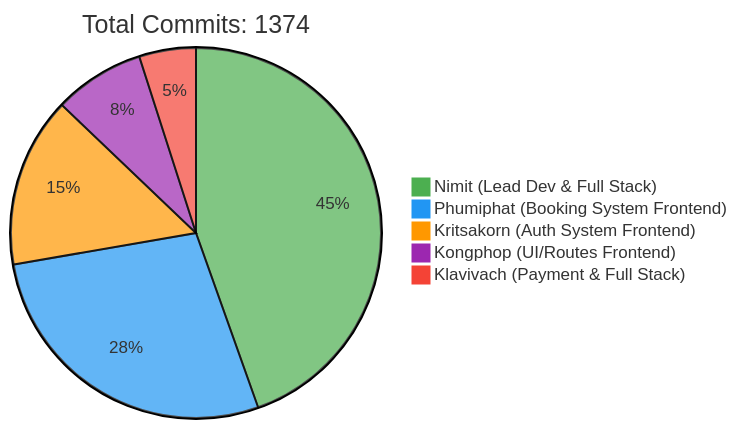
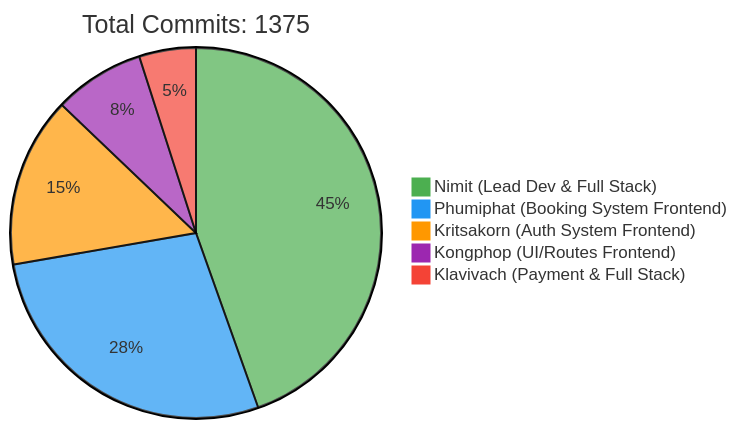
One commit to 6531503042/Sport-Complex changed the first of 2 diagrams in README.md. Above: the diagram before and after it, drawn with Mermaid. The commit also changed other lines of this file, not shown here.

Commit message:
docs: Update contributor statistics [skip ci]

````diff
--- a/README.md
+++ b/README.md
@@ -257,10 +257,10 @@
 ```mermaid
 %%{init: {'theme': 'base', 'themeVariables': { 'pie1': '#4CAF50', 'pie2': '#2196F3', 'pie3': '#FF9800', 'pie4': '#9C27B0', 'pie5': '#F44336'}}}%%
 pie
-    title Total Commits: 1374
+    title Total Commits: 1375
     "Nimit (Lead Dev & Full Stack)" : 450
     "Phumiphat (Booking System Frontend)" : 280
     "Kritsakorn (Auth System Frontend)" : 150
     "Kongphop (UI/Routes Frontend)" : 80
     "Klavivach (Payment & Full Stack)" : 50
 ```
````
